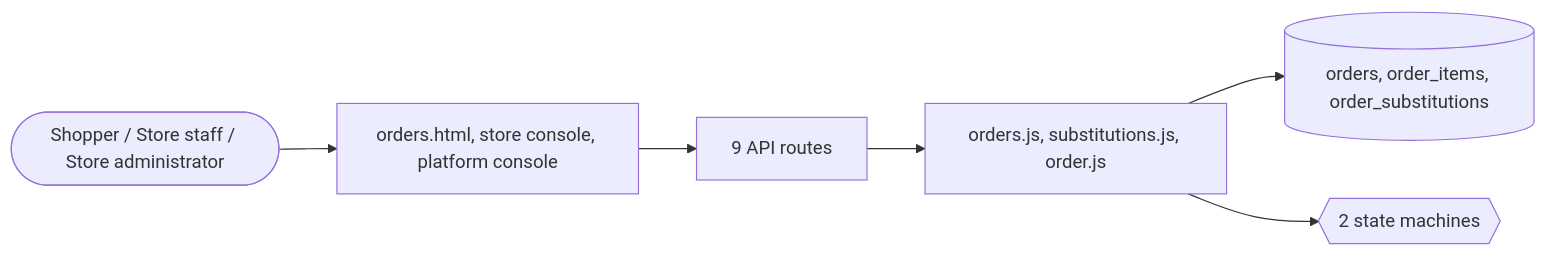
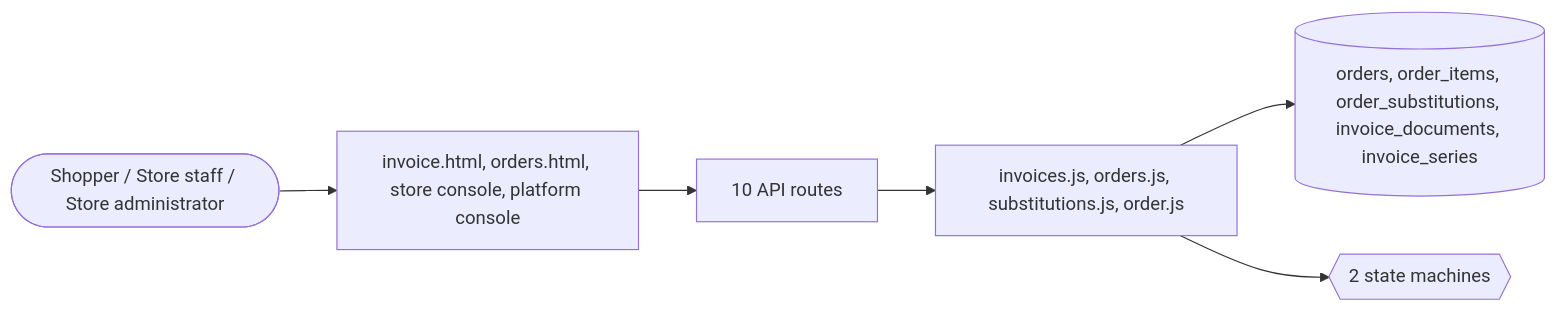
Before and after one commit to echelonxventures-Projects/universal-product: the third of 3 diagrams in docs/domains/order.md, drawn with Mermaid. The commit also changed other lines of this file and 37 other files, not shown here.

````diff
--- a/docs/domains/order.md
+++ b/docs/domains/order.md
@@ -157,8 +191,8 @@
 ```mermaid
 flowchart LR
-  U([Shopper / Store staff / Store administrator]) --> UI[orders.html, store console, platform console]
-  UI --> API[9 API routes]
-  API --> ENG[orders.js, substitutions.js, order.js]
-  ENG --> DB[(orders, order_items, order_substitutions)]
+  U([Shopper / Store staff / Store administrator]) --> UI[invoice.html, orders.html, store console, platform console]
+  UI --> API[10 API routes]
+  API --> ENG[invoices.js, orders.js, substitutions.js, order.js]
+  ENG --> DB[(orders, order_items, order_substitutions, invoice_documents, invoice_series)]
   ENG --> SM{{2 state machines}}
 ```
````
